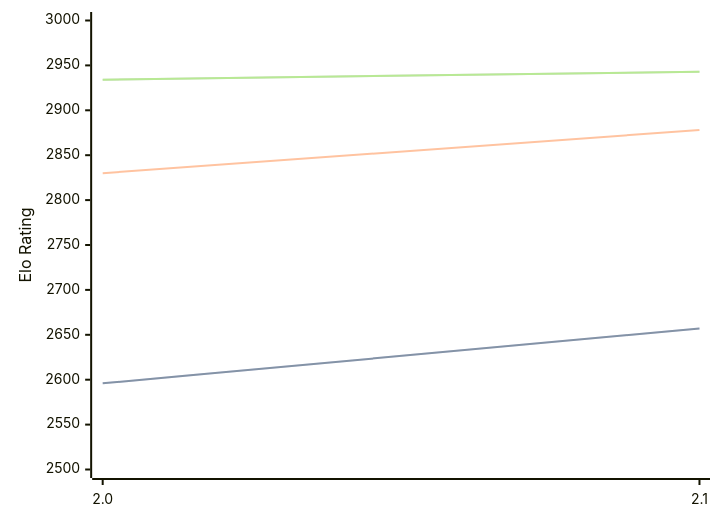
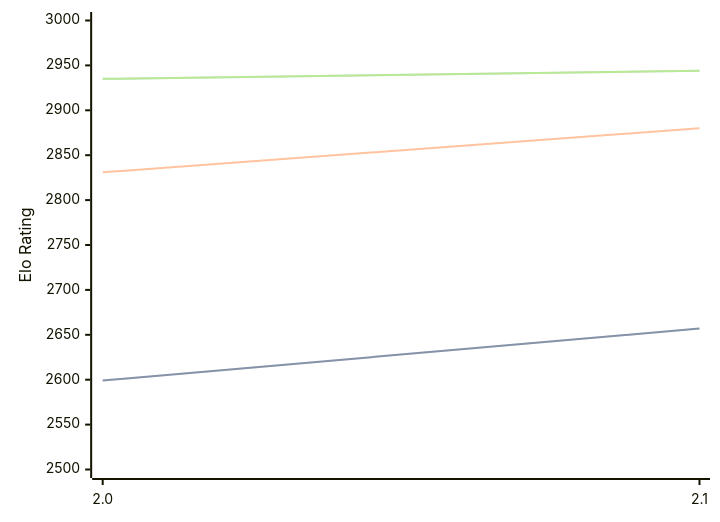
The diagram in engines/Noggin.md (computer-chess-index/cci), drawn with Mermaid before and after one commit. The commit also changed other lines of this file, not shown here.

Commit message:
Update CCI Ratings (ELO VLTC) - 2026-09-01

````diff
--- a/engines/Noggin.md
+++ b/engines/Noggin.md
@@ -33,11 +33,11 @@
 ```mermaid
 %%{init: {"theme":"base","themeVariables":{"seriesColors:['#a3a3a3','#222221','#faa371']}}}%%
 xychart-beta
   x-axis ["2.0", "2.1"]
   y-axis "Elo Rating" 2500 --> 3000
-  line "" [2596, 2657]
-  line "STC (8.0+0.08s)" [2596, 2657]
-  line "LTC (60.0+0.60s)" [2830, 2878]
-  line "" [2934, 2943]
-  line "VLTC (2m24s+1.12s)" [2934, 2943]
+  line "" [2599, 2657]
+  line "STC (8.0+0.08s)" [2599, 2657]
+  line "LTC (60.0+0.60s)" [2831, 2880]
+  line "" [2935, 2944]
+  line "VLTC (2m24s+1.12s)" [2935, 2944]
 ```
````
